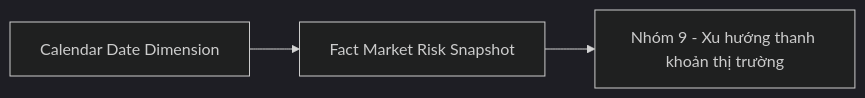
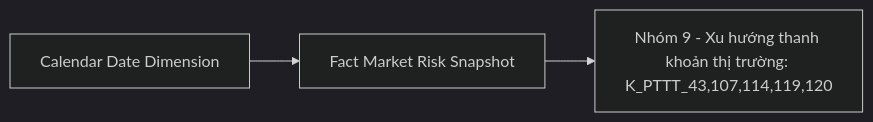
One commit to linhlvit/ubck_atomic_design changed diagram 26 of 53 in Datamart/hld/DTM_PTTT_HLD.md. Above: the diagram before and after it, drawn with Mermaid (dark theme). The commit also changed other lines of this file and 21 other files, not shown here.

````diff
--- a/Datamart/hld/DTM_PTTT_HLD.md
+++ b/Datamart/hld/DTM_PTTT_HLD.md
@@ -1372,8 +1372,8 @@
 ```mermaid
 flowchart LR
     fct_market_risk_snpst["Fact Market Risk Snapshot"]
     cdr_dt_dim["Calendar Date Dimension"]
-    rpt_nhom9["Nhóm 9 - Xu hướng thanh khoản thị trường"]
+    rpt_nhom9["Nhóm 9 - Xu hướng thanh khoản thị trường: K_PTTT_43,107,114,119,120"]
     cdr_dt_dim --> fct_market_risk_snpst
     fct_market_risk_snpst --> rpt_nhom9
 ```
````
